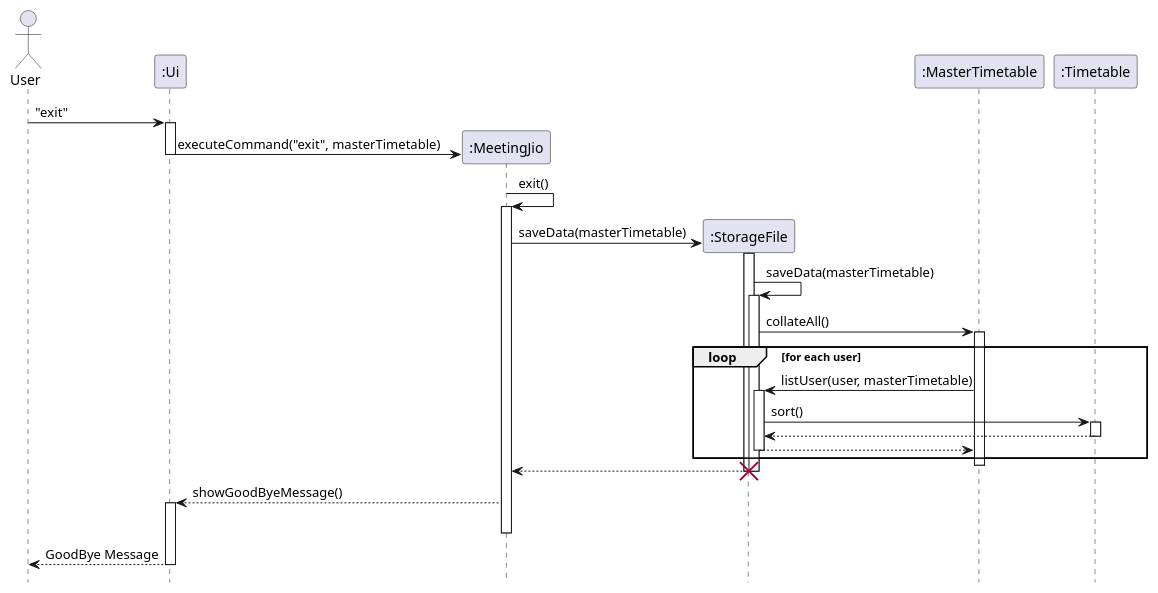
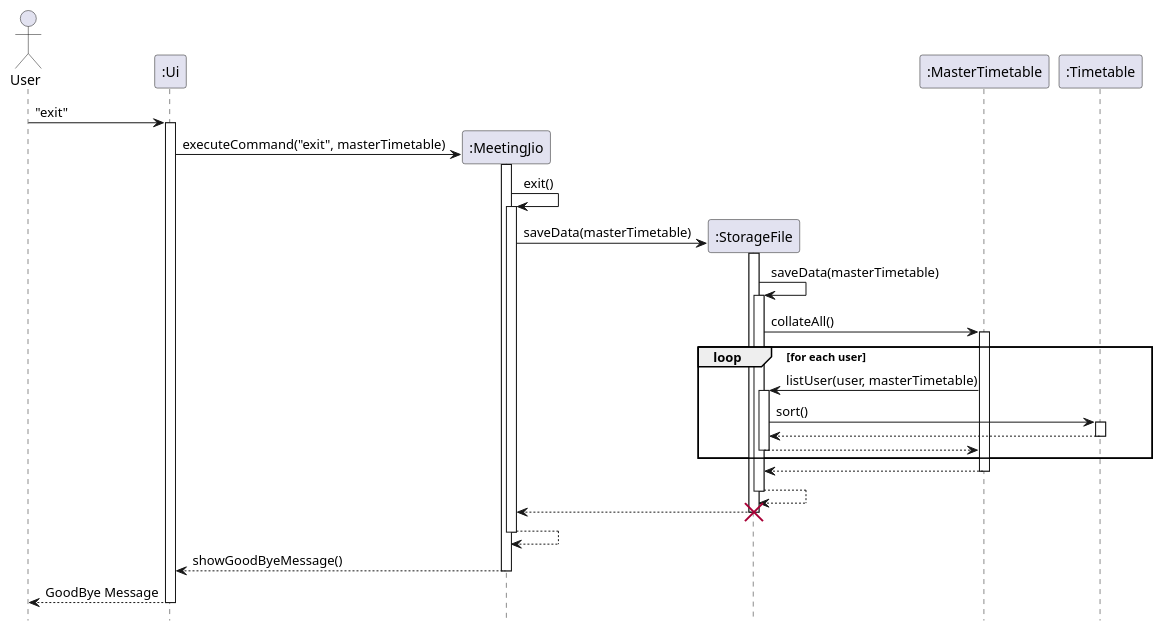
Before and after one commit to nus-cs2113-AY2122S2/tp: the diagram in docs/diagrams/SaveSequenceDiagram.puml, drawn with PlantUML. The commit also changed 3 other files, not shown here.

Commit message:
Edit load and save sequence diagram

```diff
--- a/docs/diagrams/SaveSequenceDiagram.puml
+++ b/docs/diagrams/SaveSequenceDiagram.puml
@@ -1,29 +1,34 @@
 @startuml
 'https://plantuml.com/sequence-diagram
 
 hide footbox
 actor User
 
 User -> ":Ui" ++: "exit"
 create ":MeetingJio"
-":Ui" -> ":MeetingJio" --: executeCommand("exit", masterTimetable)
+":Ui" -> ":MeetingJio" ++: executeCommand("exit", masterTimetable)
 ":MeetingJio" -> ":MeetingJio" ++: exit()
 create ":StorageFile"
 ":MeetingJio" -> ":StorageFile" ++: saveData(masterTimetable)
 ":StorageFile" -> ":StorageFile" ++: saveData(masterTimetable)
 ":StorageFile" -> ":MasterTimetable" ++: collateAll()
 loop for each user
 ":MasterTimetable" -> ":StorageFile" ++: listUser(user, masterTimetable)
 ":StorageFile" -> ":Timetable" ++: sort()
 ":Timetable" --> ":StorageFile" --
 ":StorageFile" --> ":MasterTimetable" --
 end
+":MasterTimetable" --> ":StorageFile"
 deactivate ":MasterTimetable"
+":StorageFile" --> ":StorageFile"
+deactivate ":StorageFile"
 ":StorageFile" --> ":MeetingJio" --:
 deactivate ":StorageFile"
 destroy ":StorageFile"
-":MeetingJio" --> ":Ui" ++: showGoodByeMessage()
+":MeetingJio" --> ":MeetingJio" :
+deactivate ":MeetingJio"
+":MeetingJio" --> ":Ui" : showGoodByeMessage()
 deactivate ":MeetingJio"
 ":Ui" --> User--: GoodBye Message
 
 @enduml
```
